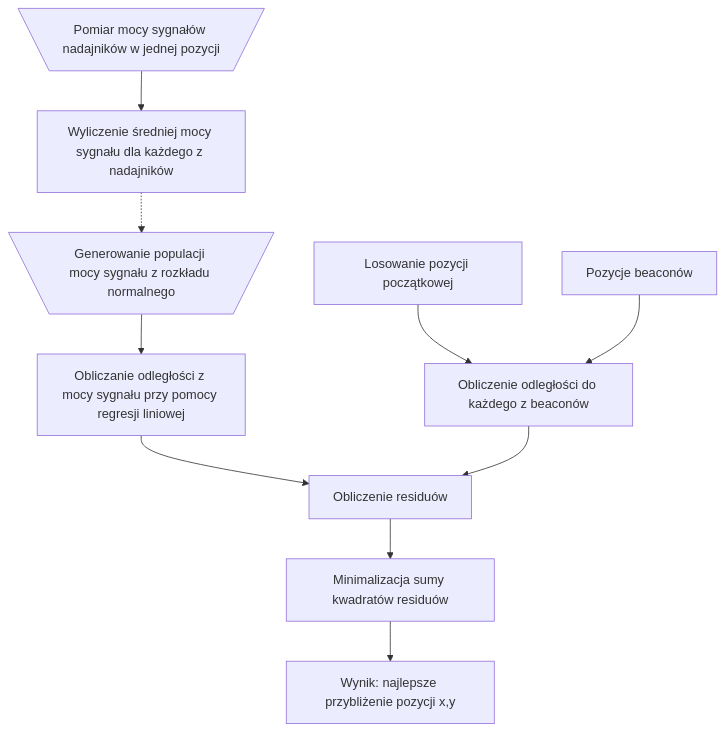
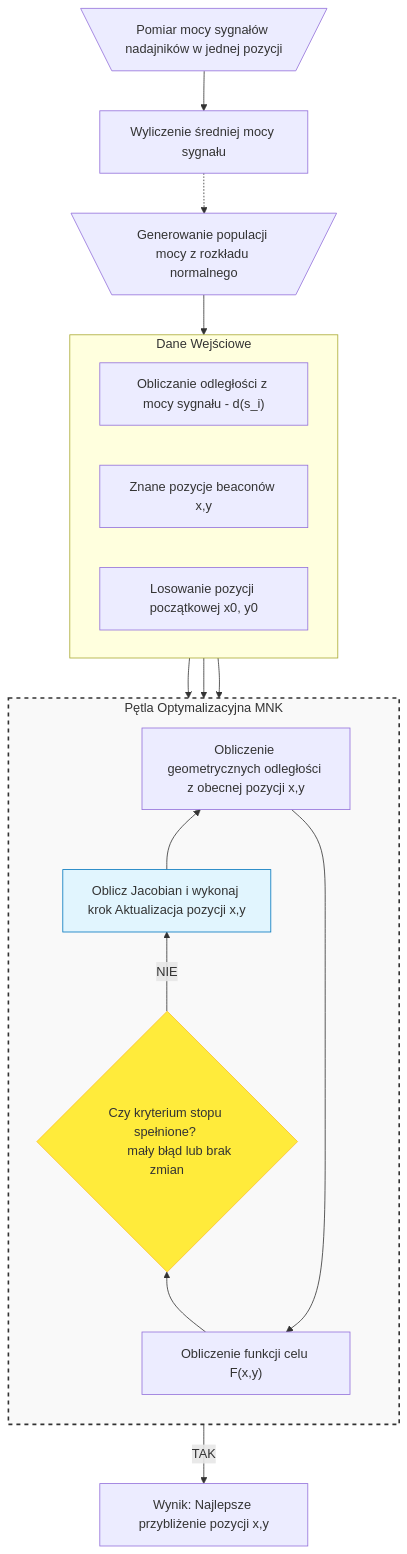
Before and after one commit to Korius668/BLE_Indoor_localization: the diagram in README.md, drawn with Mermaid. The commit also changed other lines of this file and 35 other files, not shown here.

````diff
--- a/README.md
+++ b/README.md
@@ -114,14 +105,43 @@
 ```mermaid
 flowchart TD
+    %% Sekcja przetwarzania sygnału (bez zmian)
+    A[\Pomiar mocy sygnałów nadajników w jednej pozycji/] --> B[Wyliczenie średniej mocy sygnału]
+    B -.-> C[\Generowanie populacji mocy z rozkładu normalnego/]
+    C --> H["Obliczanie odległości z mocy sygnału - d(s_i) "]
 
-    A[\Pomiar mocy sygnałów nadajników w jednej pozycji/] --> B[Wyliczenie średniej mocy sygnału dla każdego z nadajników]
-    B -.-> C[\Generowanie populacji mocy sygnału z rozkładu normalnego/]
+    %% Dane wejściowe do algorytmu
     
-    F[Losowanie pozycji początkowej] --> G
-    C --> H[Obliczanie odległości z mocy sygnału przy pomocy regresji liniowej]
-    E[Pozycje beaconów]--> G[Obliczenie odległości do każdego z beaconów]
-    H--> J[Obliczenie residuów]
-    G-->J
-    J -->K[Minimalizacja sumy kwadratów residuów]
-    K --> M[Wynik: najlepsze przybliżenie pozycji x,y]
+    subgraph Dane_Wejsciowe [Dane Wejściowe]
+        direction LR
+        E[Znane pozycje beaconów x,y]
+        F[Losowanie pozycji początkowej x0, y0]
+        H
+    end
+
+    %% Algorytm iteracyjny Least Squares
+    subgraph Iteracyjny_Algorytm_Least_Squares [Pętla Optymalizacyjna MNK]
+        direction LR
+        H --> J_iter["Obliczenie funkcji celu F(x,y)"]
+        F --> G_iter[Obliczenie geometrycznych odległości z obecnej pozycji x,y ]
+        E--> G_iter
+        G_iter --> J_iter
+        
+        J_iter --> K_check{Czy kryterium stopu spełnione? 
+        mały błąd lub brak zmian}
+        
+        K_check -- NIE --> L_update[Oblicz Jacobian i wykonaj krok Aktualizacja pozycji x,y]
+        
+        direction BT
+        L_update --> G_iter 
+        
+    end
+    direction LR
+    M[Wynik: Najlepsze przybliżenie pozycji x,y]
+    %% Wynik
+    K_check -- TAK --> M
+
+    %% Stylowanie dla czytelności
+    style Iteracyjny_Algorytm_Least_Squares fill:#f9f9f9,stroke:#333,stroke-width:2px,stroke-dasharray: 5 5
+    style K_check fill:#ffeb3b,stroke:#fbc02d
+    style L_update fill:#e1f5fe,stroke:#0277bd
 ```
````
